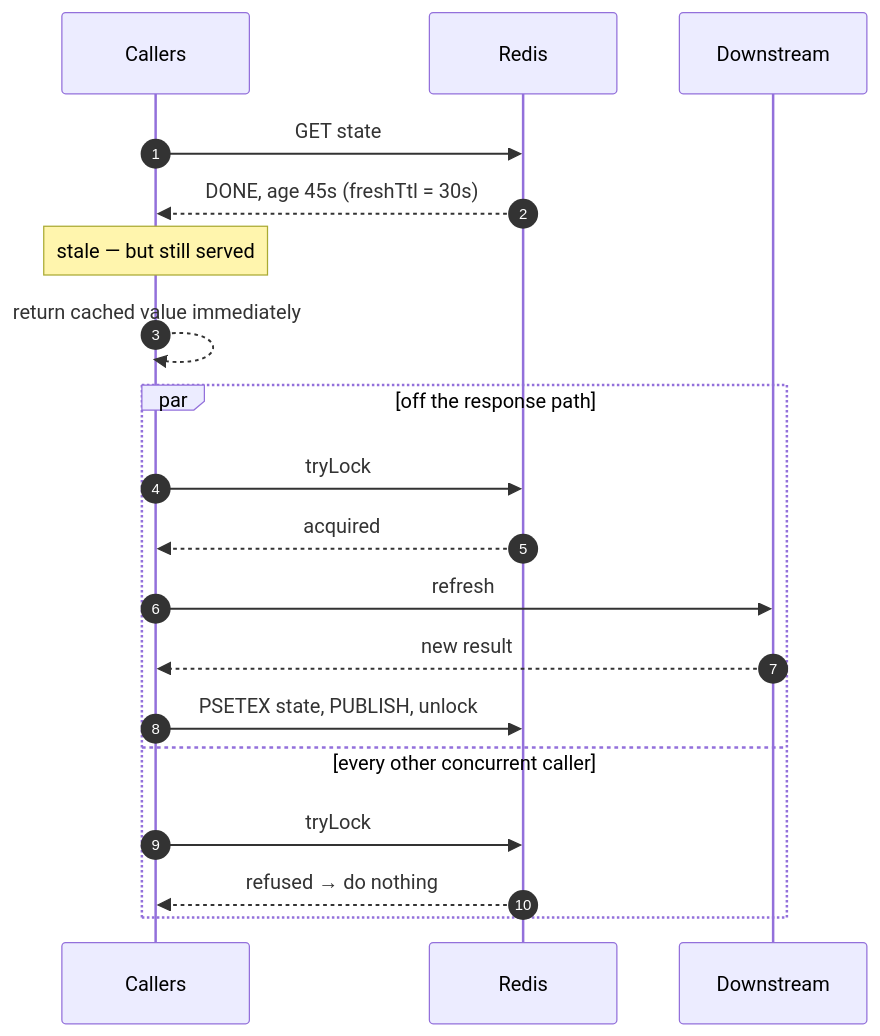
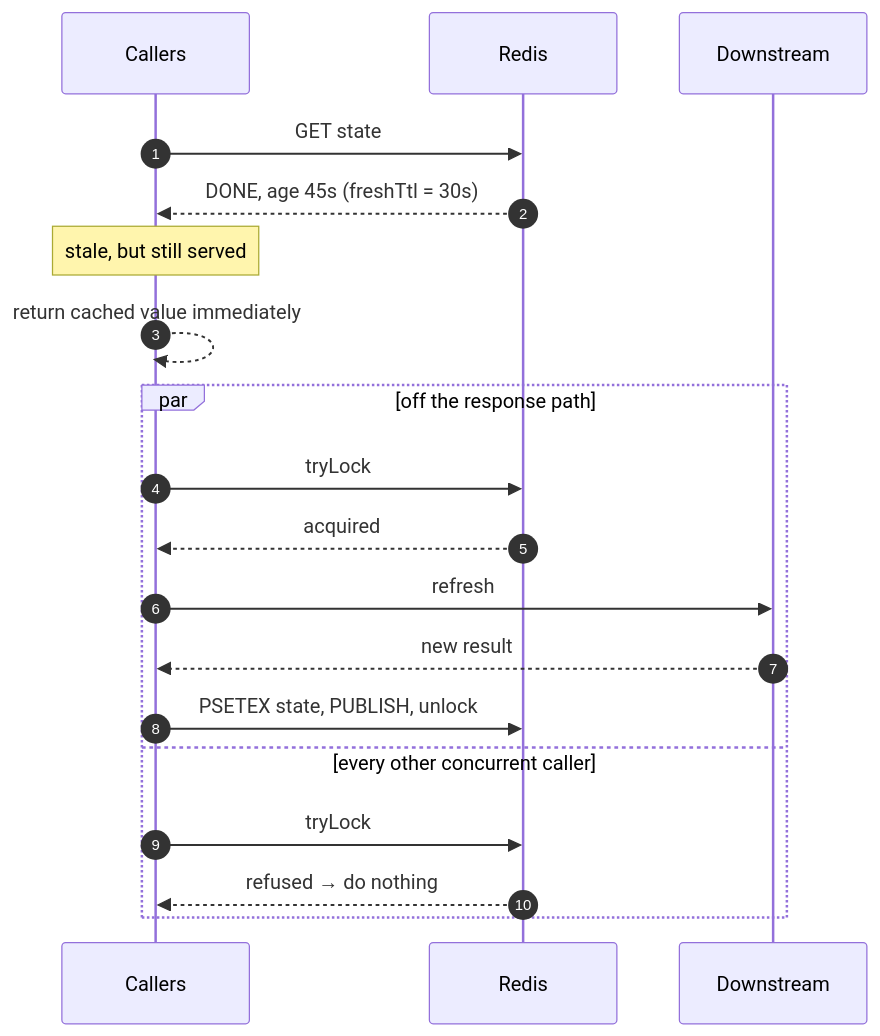
The third of 5 diagrams in README.md (BitanSarkar/coalesce-java), drawn with Mermaid before and after one commit. The commit also changed other lines of this file and 9 other files, not shown here.

````diff
--- a/README.md
+++ b/README.md
@@ -341,23 +341,23 @@
 ```mermaid
 sequenceDiagram
     autonumber
     participant C as Callers
     participant R as Redis
     participant D as Downstream
 
     C->>R: GET state
     R-->>C: DONE, age 45s (freshTtl = 30s)
-    Note over C: stale — but still served
+    Note over C: stale, but still served
     C-->>C: return cached value immediately
 
     par off the response path
         C->>R: tryLock
         R-->>C: acquired
         C->>D: refresh
         D-->>C: new result
         C->>R: PSETEX state, PUBLISH, unlock
     and every other concurrent caller
         C->>R: tryLock
         R-->>C: refused → do nothing
     end
 ```
````
